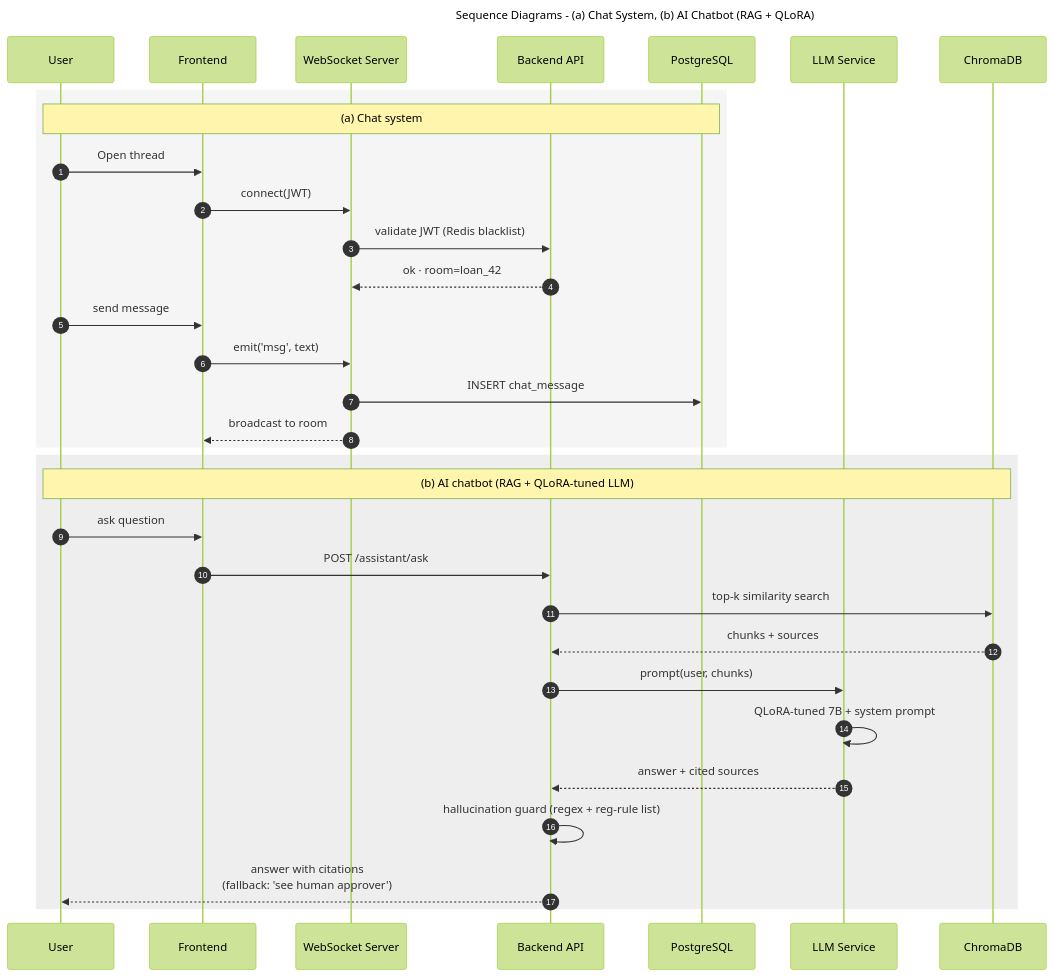
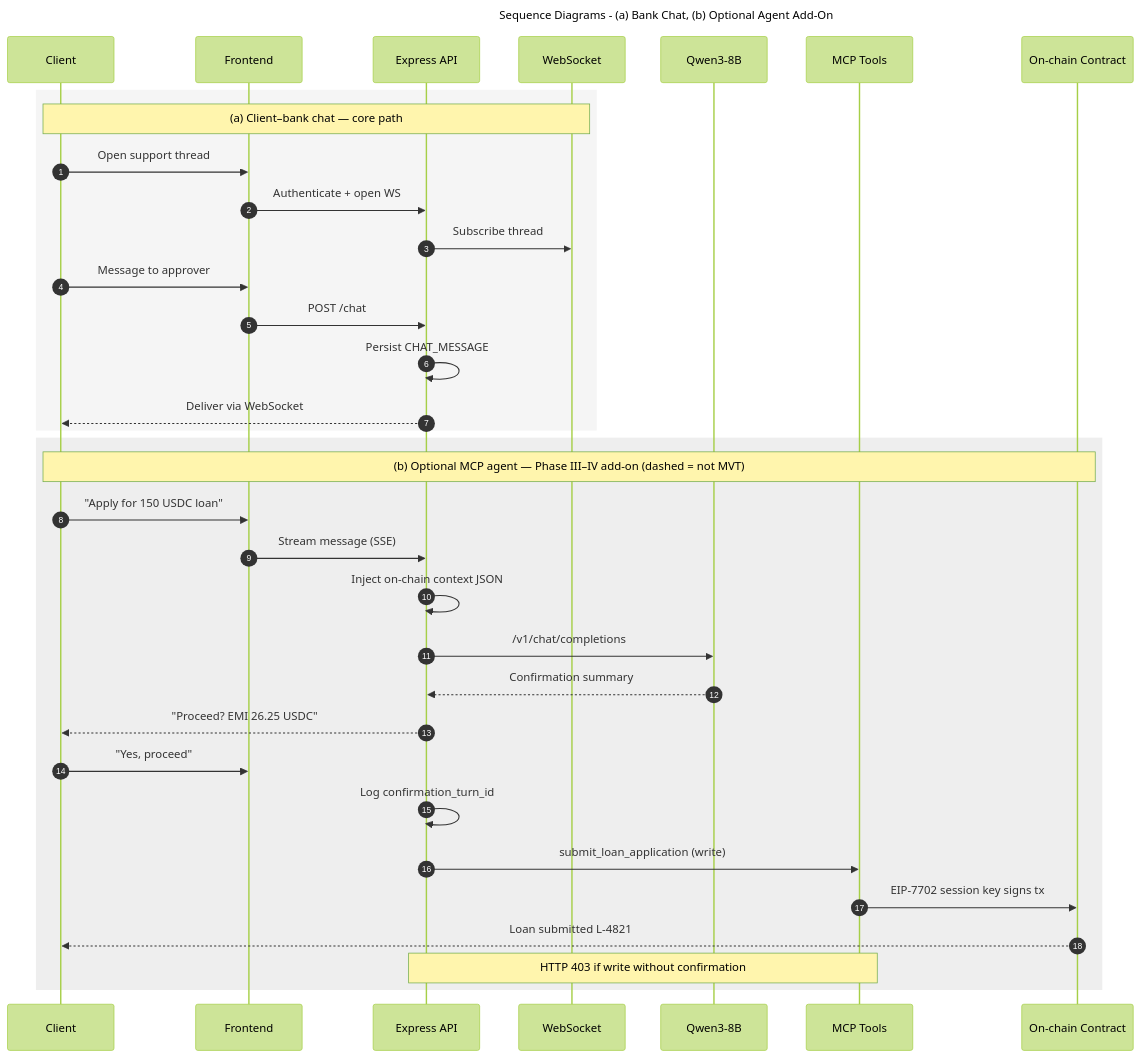
One commit to Yuvraajrahman/Cryto-World-Bank changed the diagram in Documentation/Diagrams/mermaid-src/improved diagrams/fig-seq-chat-chatbot.mmd. Above: the diagram before and after it, drawn with Mermaid (forest theme). The commit also changed 272 other files, not shown here.

Commit message:
Diagram Updates

```diff
--- a/Documentation/Diagrams/mermaid-src/improved diagrams/fig-seq-chat-chatbot.mmd
+++ b/Documentation/Diagrams/mermaid-src/improved diagrams/fig-seq-chat-chatbot.mmd
@@ -1,37 +1,39 @@
 ---
-title: Sequence Diagrams - (a) Chat System, (b) AI Chatbot (RAG + QLoRA)
+title: Sequence Diagrams - (a) Bank Chat, (b) Optional Agent Add-On
 ---
 sequenceDiagram
     autonumber
-    participant U as User
+    participant U as Client
     participant FE as Frontend
-    participant WS as WebSocket Server
-    participant API as Backend API
-    participant DB as PostgreSQL
-    participant LLM as LLM Service
-    participant V as ChromaDB
+    participant API as Express API
+    participant WS as WebSocket
+    participant LLM as Qwen3-8B
+    participant MCP as MCP Tools
+    participant SC as On-chain Contract
 
     rect rgb(245,245,245)
-        Note over U,DB: (a) Chat system
-        U->>FE: Open thread
-        FE->>WS: connect(JWT)
-        WS->>API: validate JWT (Redis blacklist)
-        API-->>WS: ok · room=loan_42
-        U->>FE: send message
-        FE->>WS: emit('msg', text)
-        WS->>DB: INSERT chat_message
-        WS-->>FE: broadcast to room
+        Note over U,WS: (a) Client–bank chat — core path
+        U->>FE: Open support thread
+        FE->>API: Authenticate + open WS
+        API->>WS: Subscribe thread
+        U->>FE: Message to approver
+        FE->>API: POST /chat
+        API->>API: Persist CHAT_MESSAGE
+        API-->>U: Deliver via WebSocket
     end
 
     rect rgb(238,238,238)
-        Note over U,V: (b) AI chatbot (RAG + QLoRA-tuned LLM)
-        U->>FE: ask question
-        FE->>API: POST /assistant/ask
-        API->>V: top-k similarity search
-        V-->>API: chunks + sources
-        API->>LLM: prompt(user, chunks)
-        LLM->>LLM: QLoRA-tuned 7B + system prompt
-        LLM-->>API: answer + cited sources
-        API->>API: hallucination guard (regex + reg-rule list)
-        API-->>U: answer with citations<br/>(fallback: 'see human approver')
+        Note over U,SC: (b) Optional MCP agent — Phase III–IV add-on (dashed = not MVT)
+        U->>FE: "Apply for 150 USDC loan"
+        FE->>API: Stream message (SSE)
+        API->>API: Inject on-chain context JSON
+        API->>LLM: /v1/chat/completions
+        LLM-->>API: Confirmation summary
+        API-->>U: "Proceed? EMI 26.25 USDC"
+        U->>FE: "Yes, proceed"
+        API->>API: Log confirmation_turn_id
+        API->>MCP: submit_loan_application (write)
+        MCP->>SC: EIP-7702 session key signs tx
+        SC-->>U: Loan submitted L-4821
+        Note over API,MCP: HTTP 403 if write without confirmation
     end
```
